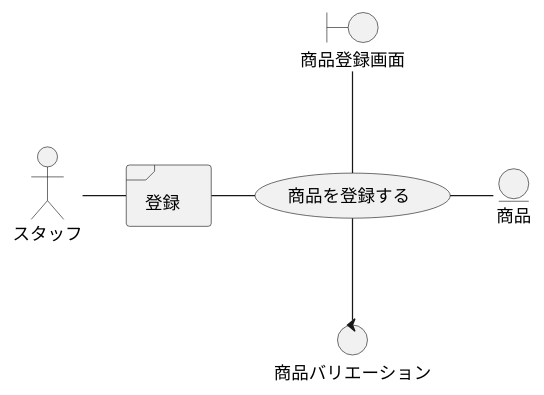
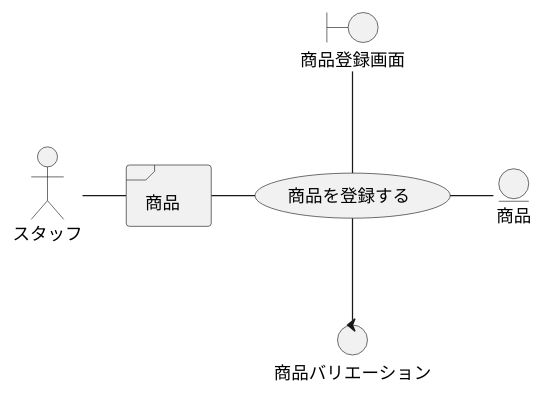
One commit to k2works/application_programing_excercise_2022 changed diagram 21 of 47 in docs/index.adoc. Above: the diagram before and after it, drawn with PlantUML. The commit also changed other lines of this file, not shown here.

```diff
--- a/docs/index.adoc
+++ b/docs/index.adoc
@@ -728,17 +728,17 @@
 [plantuml]
 ----
 @startuml
 actor "スタッフ" as ac_01
-frame "登録" as f01
+frame "商品" as f01
 usecase "商品を登録する" as UC1
 boundary "商品登録画面" as b01
 entity "商品" as e01
 control "商品バリエーション" as c01
 
 ac_01 - f01
 f01 - UC1
 b01 -- UC1
 UC1 - e01
 UC1 -- c01
 @enduml
 ----
```
